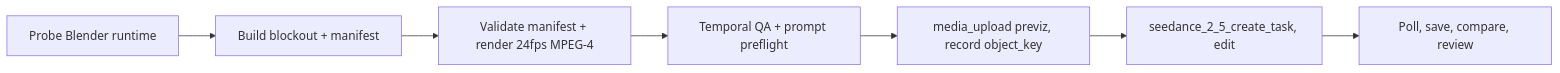
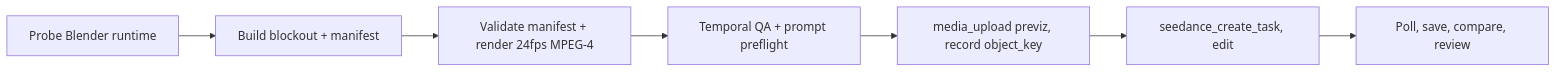
Before and after one commit to byteplus-sa/ark-director: the diagram in .agents/skills/blender-to-seedance/SKILL.md, drawn with Mermaid. The commit also changed other lines of this file and 37 other files, not shown here.

````diff
--- a/.agents/skills/blender-to-seedance/SKILL.md
+++ b/.agents/skills/blender-to-seedance/SKILL.md
@@ -39,9 +39,9 @@
 ```mermaid
 flowchart LR
   A[Probe Blender runtime] --> B[Build blockout + manifest]
   B --> C[Validate manifest + render 24fps MPEG-4]
   C --> D[Temporal QA + prompt preflight]
   D --> E[media_upload previz, record object_key]
-  E --> F[seedance_2_5_create_task, edit]
+  E --> F[seedance_create_task, edit]
   F --> G[Poll, save, compare, review]
 ```
````
